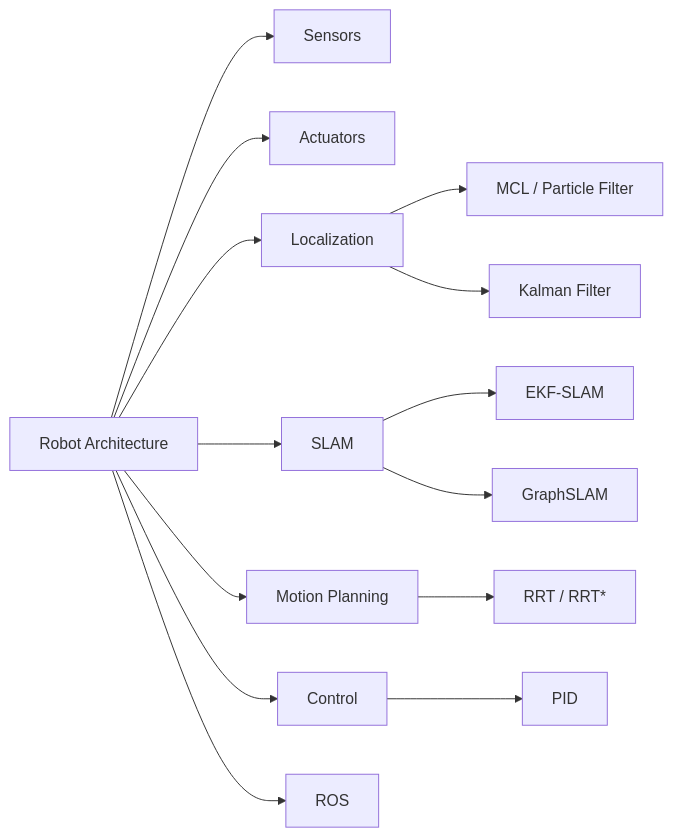
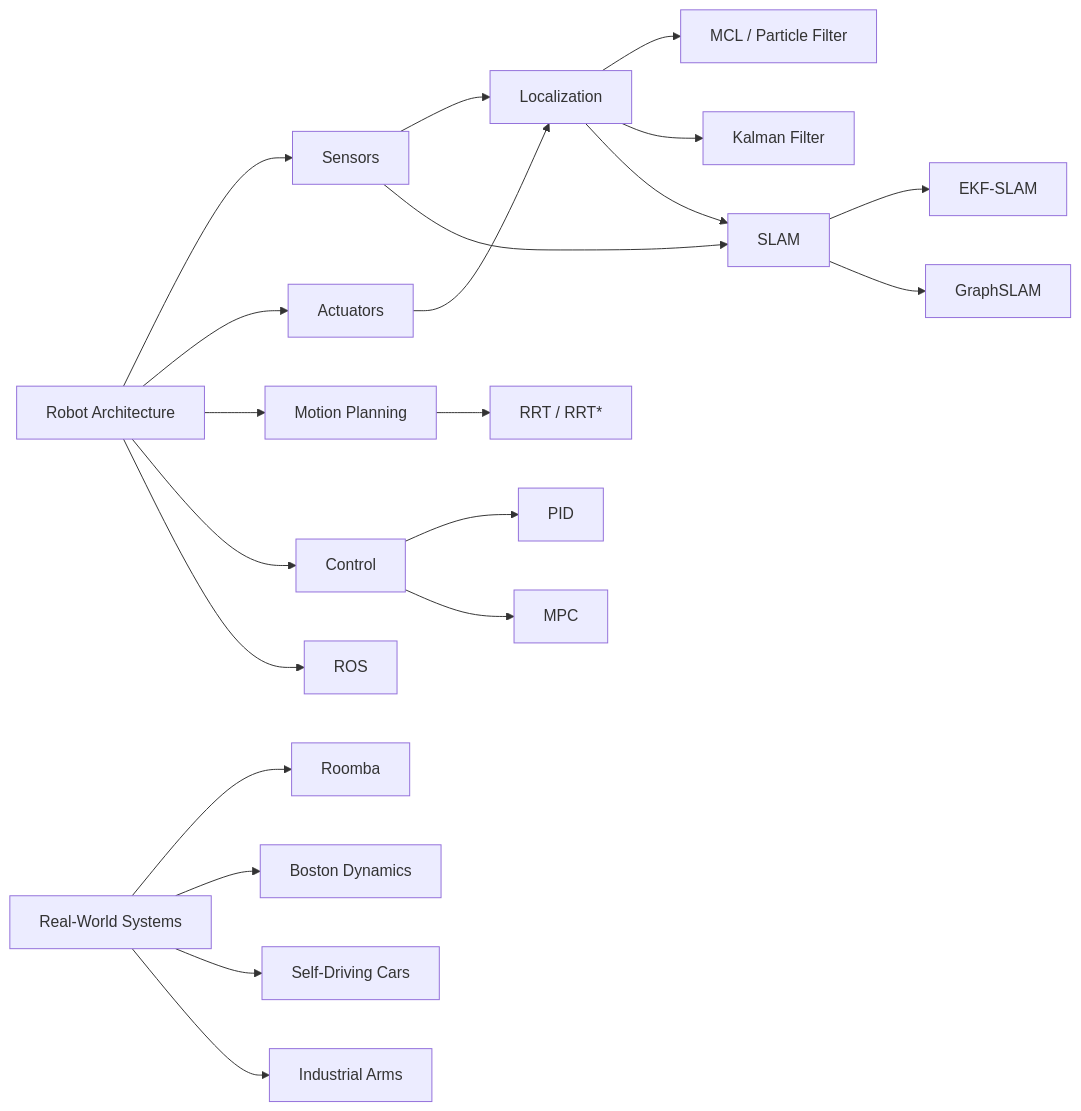
One commit to Raushan666java/ai-engineering-journey changed the diagram in docs/courses/artificial-intelligence/14-robotics.md. Above: the diagram before and after it, drawn with Mermaid. The commit also changed other lines of this file and 26 other files, not shown here.

````diff
--- a/docs/courses/artificial-intelligence/14-robotics.md
+++ b/docs/courses/artificial-intelligence/14-robotics.md
@@ -23,16 +37,23 @@
 ```mermaid
 flowchart LR
     A[Robot Architecture] --> B[Sensors]
     A --> C[Actuators]
-    A --> D[Localization]
+    B --> D[Localization]
+    C --> D
     D --> E[MCL / Particle Filter]
     D --> F[Kalman Filter]
-    A --> G[SLAM]
+    B --> G[SLAM]
+    D --> G
     G --> H[EKF-SLAM]
     G --> I[GraphSLAM]
     A --> J[Motion Planning]
     J --> K[RRT / RRT*]
     A --> L[Control]
     L --> M[PID]
-    A --> N[ROS]
+    L --> N[MPC]
+    A --> O[ROS]
+    P[Real-World Systems] --> Q[Roomba]
+    P --> R[Boston Dynamics]
+    P --> S[Self-Driving Cars]
+    P --> T[Industrial Arms]
 ```
````
